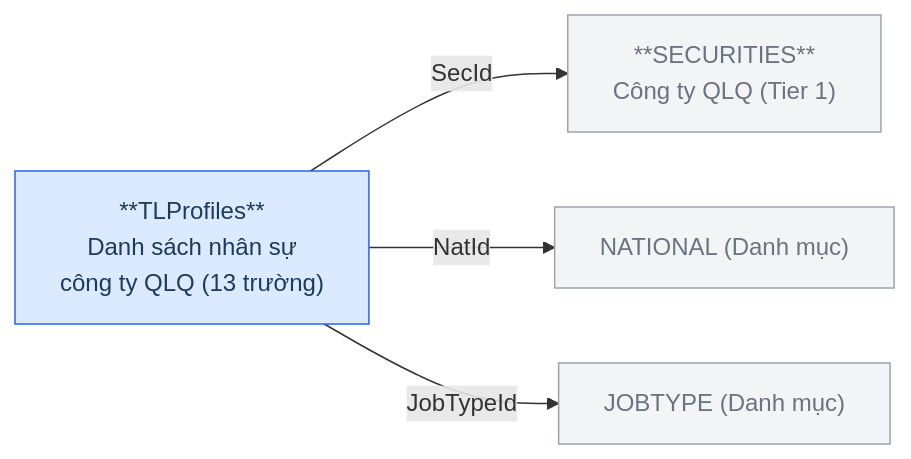
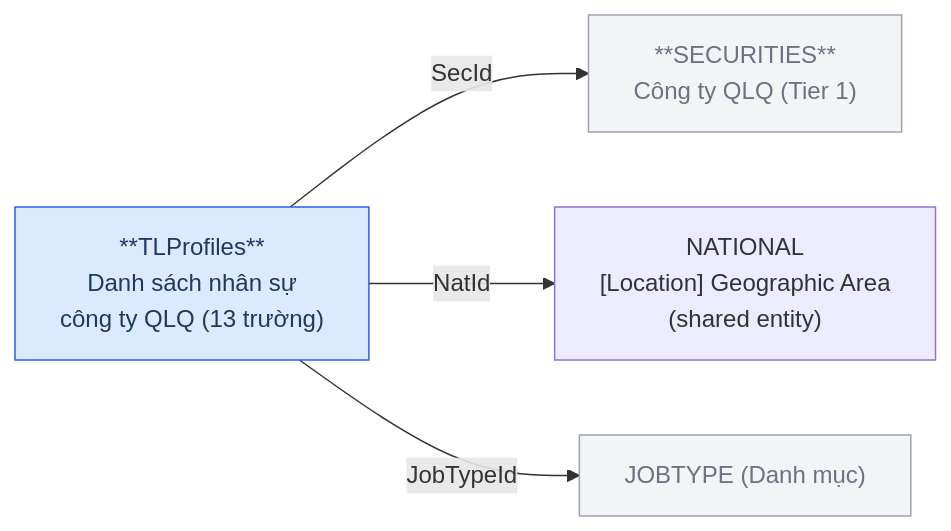
The fifth of 16 diagrams in Silver/hld/FMS_HLD_Tier2.md (linhlvit/ubck_atomic_design), drawn with Mermaid before and after one commit. The commit also changed other lines of this file and 53 other files, not shown here.

````diff
--- a/Silver/hld/FMS_HLD_Tier2.md
+++ b/Silver/hld/FMS_HLD_Tier2.md
@@ -124,14 +124,14 @@
 ```mermaid
 graph LR
     classDef src fill:#dbeafe,stroke:#2563eb,color:#1e3a5f
     classDef ref fill:#f3f4f6,stroke:#9ca3af,color:#6b7280
 
     SECURITIES["**SECURITIES**\nCông ty QLQ (Tier 1)"]:::ref
-    NATIONAL["NATIONAL (Danh mục)"]:::ref
+    NATIONAL["NATIONAL\n[Location] Geographic Area\n(shared entity)"]:::geo
     JOBTYPE["JOBTYPE (Danh mục)"]:::ref
     TLProfiles["**TLProfiles**\nDanh sách nhân sự\ncông ty QLQ (13 trường)"]:::src
 
     TLProfiles -->|SecId| SECURITIES
     TLProfiles -->|NatId| NATIONAL
     TLProfiles -->|JobTypeId| JOBTYPE
 ```
````
